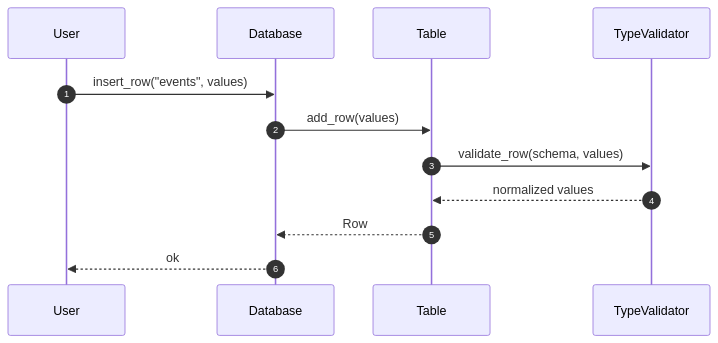
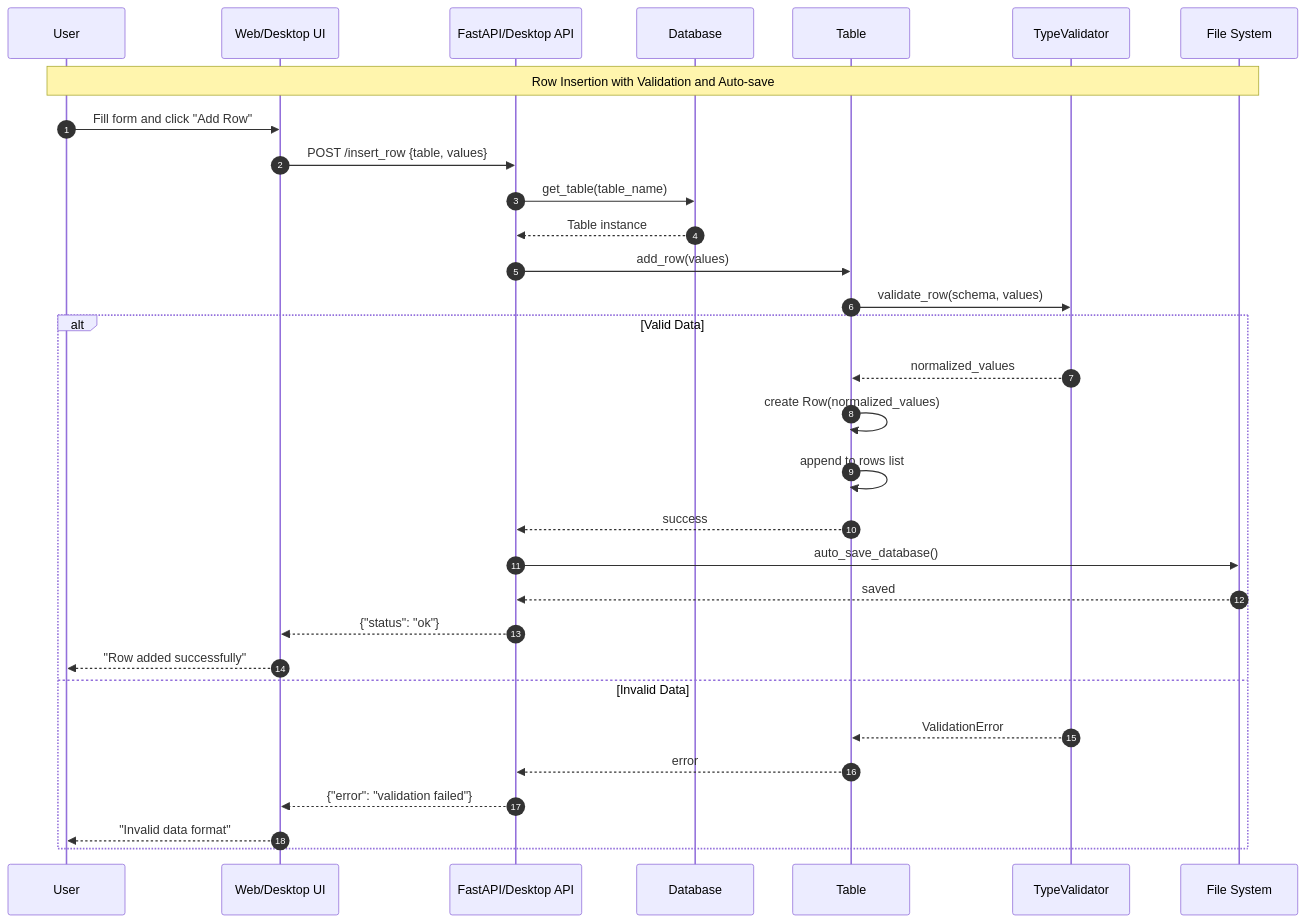
Before and after one commit to PavelShpagin/TDMS: the diagram in docs/uml/sequence_insert.mmd, drawn with Mermaid. The commit also changed 31 other files, not shown here.

```diff
--- a/docs/uml/sequence_insert.mmd
+++ b/docs/uml/sequence_insert.mmd
@@ -1,13 +1,34 @@
 sequenceDiagram
     autonumber
     participant U as User
+    participant UI as Web/Desktop UI
+    participant API as FastAPI/Desktop API
     participant DB as Database
     participant T as Table
     participant V as TypeValidator
+    participant FS as File System
 
-    U->>DB: insert_row("events", values)
-    DB->>T: add_row(values)
+    Note over U,FS: Row Insertion with Validation and Auto-save
+
+    U->>UI: Fill form and click "Add Row"
+    UI->>API: POST /insert_row {table, values}
+    API->>DB: get_table(table_name)
+    DB-->>API: Table instance
+    API->>T: add_row(values)
     T->>V: validate_row(schema, values)
-    V-->>T: normalized values
-    T-->>DB: Row
-    DB-->>U: ok
+    
+    alt Valid Data
+        V-->>T: normalized_values
+        T->>T: create Row(normalized_values)
+        T->>T: append to rows list
+        T-->>API: success
+        API->>FS: auto_save_database()
+        FS-->>API: saved
+        API-->>UI: {"status": "ok"}
+        UI-->>U: "Row added successfully"
+    else Invalid Data
+        V-->>T: ValidationError
+        T-->>API: error
+        API-->>UI: {"error": "validation failed"}
+        UI-->>U: "Invalid data format"
+    end
```
